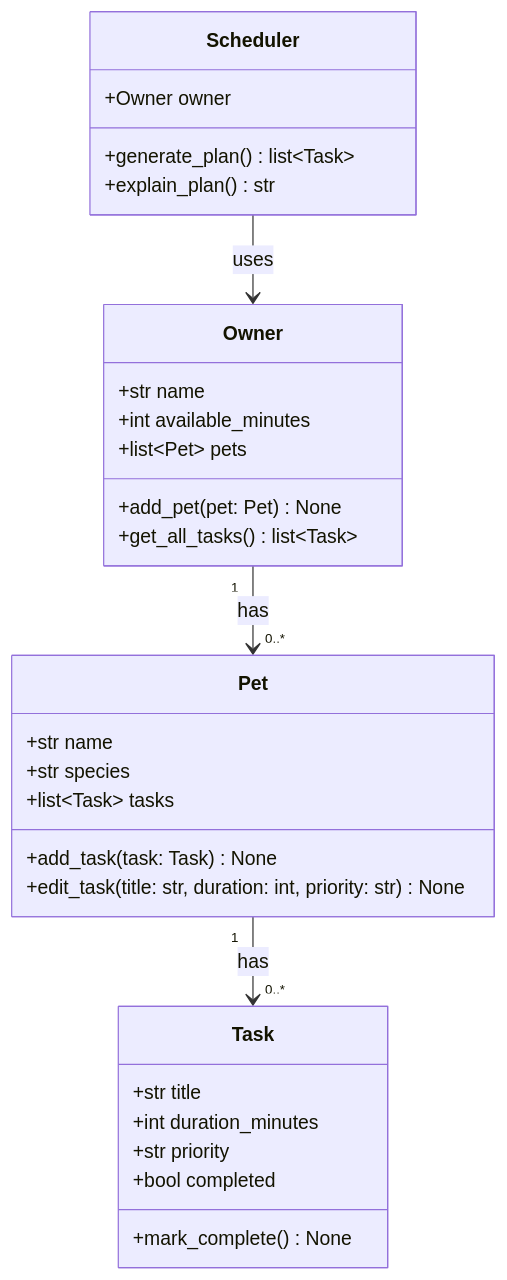
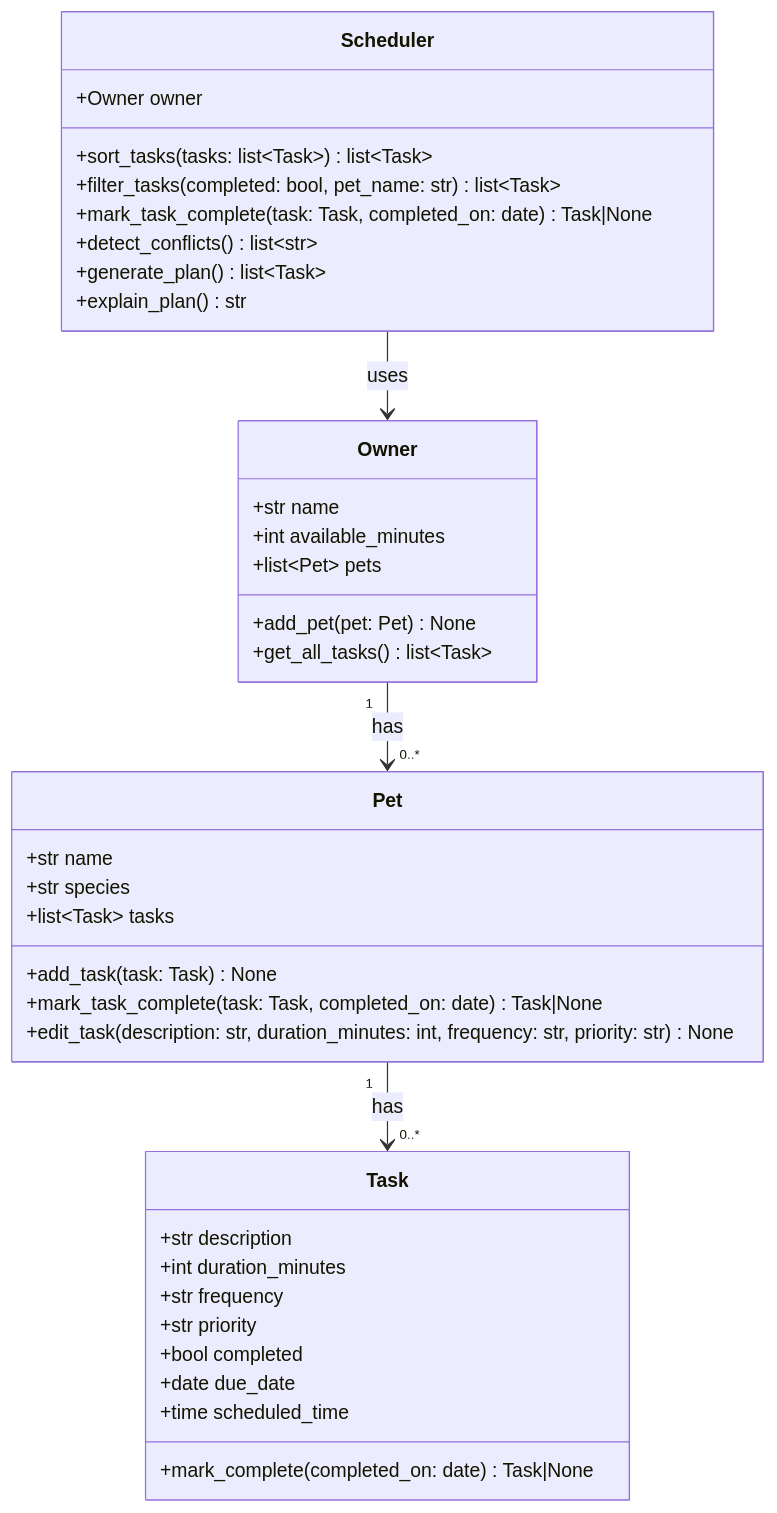
Before and after one commit to jux2lia/ai110-module2show-pawpal-starter: the diagram in diagrams/uml.mmd, drawn with Mermaid. The commit also changed 8 other files, not shown here.

```diff
--- a/diagrams/uml.mmd
+++ b/diagrams/uml.mmd
@@ -1,34 +1,42 @@
 classDiagram
     class Owner {
         +str name
         +int available_minutes
         +list~Pet~ pets
         +add_pet(pet: Pet) None
         +get_all_tasks() list~Task~
     }
 
     class Pet {
         +str name
         +str species
         +list~Task~ tasks
         +add_task(task: Task) None
-        +edit_task(title: str, duration: int, priority: str) None
+        +mark_task_complete(task: Task, completed_on: date) Task|None
+        +edit_task(description: str, duration_minutes: int, frequency: str, priority: str) None
     }
 
     class Task {
-        +str title
+        +str description
         +int duration_minutes
+        +str frequency
         +str priority
         +bool completed
-        +mark_complete() None
+        +date due_date
+        +time scheduled_time
+        +mark_complete(completed_on: date) Task|None
     }
 
     class Scheduler {
         +Owner owner
+        +sort_tasks(tasks: list~Task~) list~Task~
+        +filter_tasks(completed: bool, pet_name: str) list~Task~
+        +mark_task_complete(task: Task, completed_on: date) Task|None
+        +detect_conflicts() list~str~
         +generate_plan() list~Task~
         +explain_plan() str
     }
 
     Owner "1" --> "0..*" Pet : has
     Pet "1" --> "0..*" Task : has
     Scheduler --> Owner : uses
```
